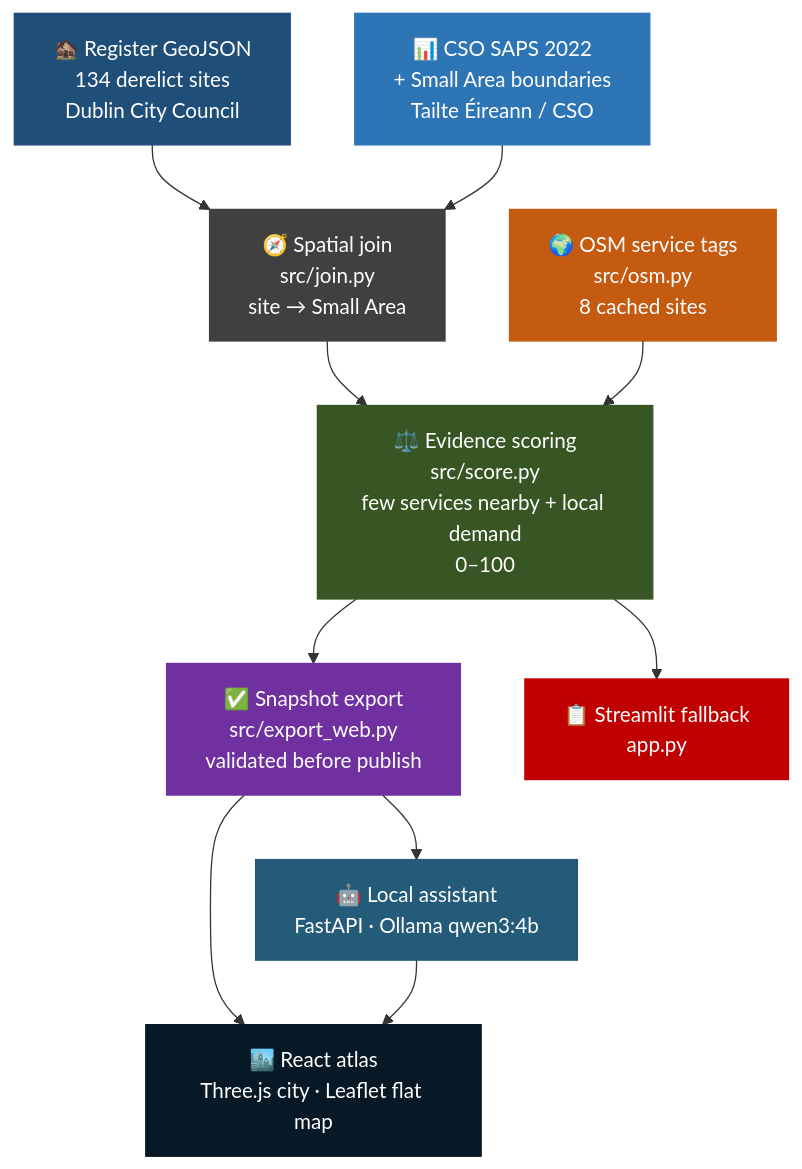
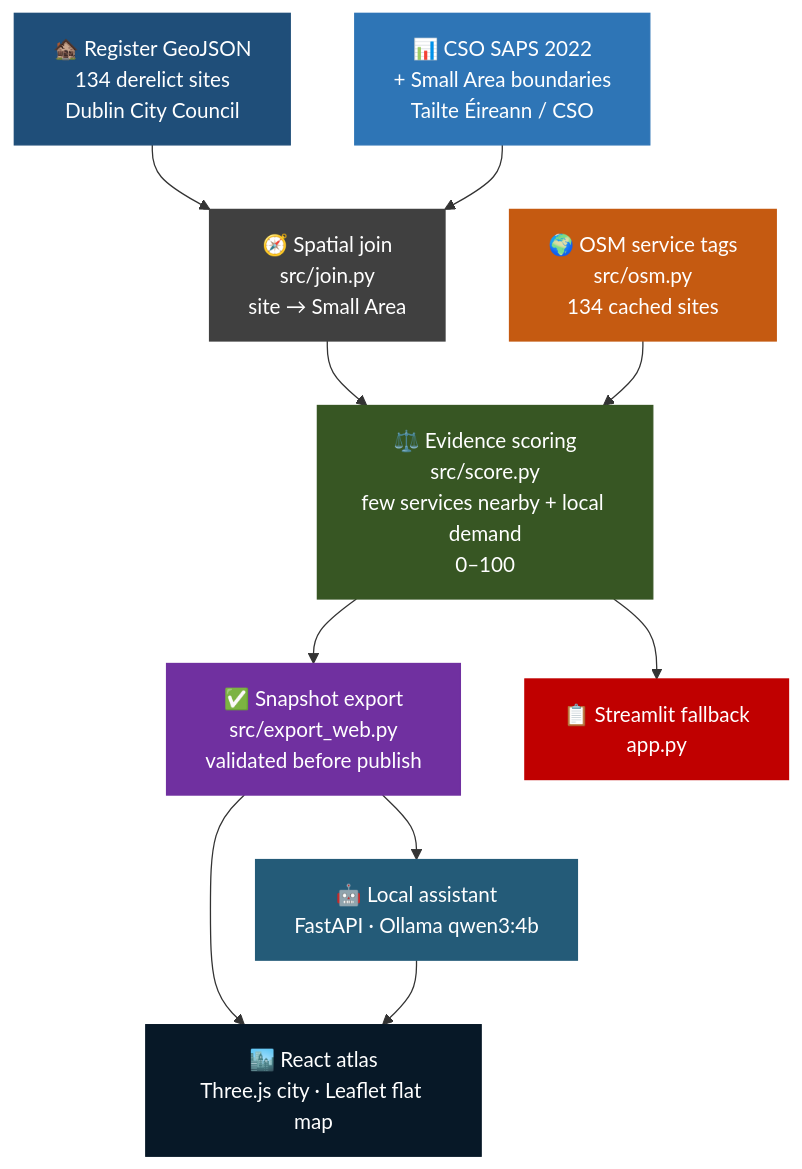
One commit to abinashprasana/second-life-dublin changed the first of 2 diagrams in README.md. Above: the diagram before and after it, drawn with Mermaid. The commit also changed other lines of this file and 147 other files, not shown here.

Commit message:
Extend nearby-service evidence to all 134 register sites

````diff
--- a/README.md
+++ b/README.md
@@ -85,32 +95,32 @@
 ```mermaid
 flowchart TD
     A["🏚️ Register GeoJSON\n134 derelict sites\nDublin City Council"]
     B["📊 CSO SAPS 2022\n+ Small Area boundaries\nTailte Éireann / CSO"]
-    C["🌍 OSM service tags\nsrc/osm.py\n8 cached sites"]
+    C["🌍 OSM service tags\nsrc/osm.py\n134 cached sites"]
     D["🧭 Spatial join\nsrc/join.py\nsite → Small Area"]
     E["⚖️ Evidence scoring\nsrc/score.py\nfew services nearby + local demand\n0–100"]
     F["✅ Snapshot export\nsrc/export_web.py\nvalidated before publish"]
     G["🏙️ React atlas\nThree.js city · Leaflet flat map"]
     H["🤖 Local assistant\nFastAPI · Ollama qwen3:4b"]
     I["📋 Streamlit fallback\napp.py"]
 
     A --> D
     B --> D
     D --> E
     C --> E
     E --> F
     F --> G
     F --> H
     H --> G
     E --> I
 
     style A fill:#1f4e79,color:#ffffff,stroke:#1f4e79
     style B fill:#2e75b6,color:#ffffff,stroke:#2e75b6
     style C fill:#c55a11,color:#ffffff,stroke:#c55a11
     style D fill:#404040,color:#ffffff,stroke:#404040
     style E fill:#375623,color:#ffffff,stroke:#375623
     style F fill:#7030a0,color:#ffffff,stroke:#7030a0
     style G fill:#071827,color:#ffffff,stroke:#071827
     style H fill:#245b78,color:#ffffff,stroke:#245b78
     style I fill:#c00000,color:#ffffff,stroke:#c00000
 ```
````
